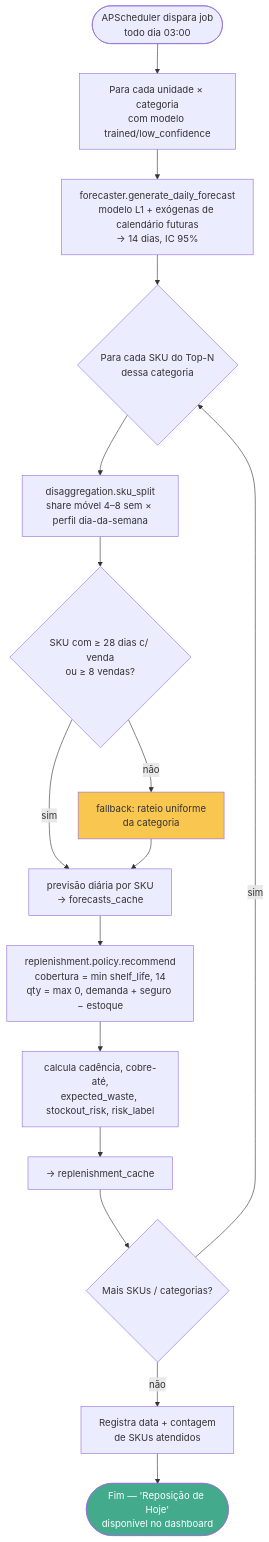
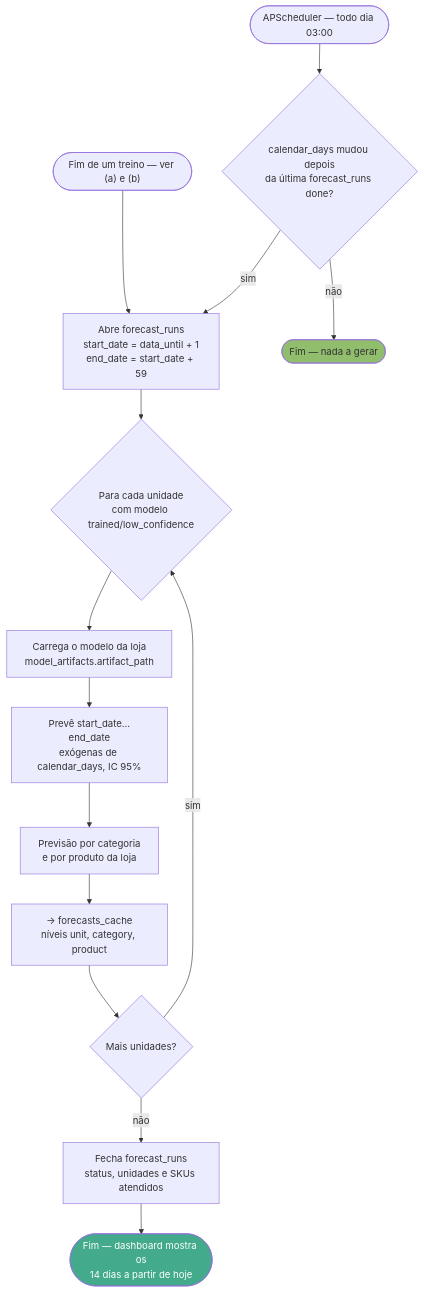
The third of 3 diagrams in docs/uml/activities.md (FelipeGA02/TCC---Inventory-Forecasting), drawn with Mermaid before and after one commit. The commit also changed other lines of this file and 12 other files, not shown here.

First line of the commit message:
feat: modelo de dados do backend e previsão gerada por treino

````diff
--- a/docs/uml/activities.md
+++ b/docs/uml/activities.md
@@ -99,21 +106,19 @@
 ```mermaid
 flowchart TD
-    A([APScheduler dispara job<br/>todo dia 03:00]) --> B[Para cada unidade × categoria<br/>com modelo trained/low_confidence]
-    B --> C[forecaster.generate_daily_forecast<br/>modelo L1 + exógenas de calendário futuras<br/>→ 14 dias, IC 95%]
-    C --> D{Para cada SKU do Top-N<br/>dessa categoria}
-    D --> E[disaggregation.sku_split<br/>share móvel 4–8 sem × perfil dia-da-semana]
-    E --> E1{SKU com ≥ 28 dias c/ venda<br/>ou ≥ 8 vendas?}
-    E1 -- não --> E2[fallback: rateio uniforme<br/>da categoria]
-    E1 -- sim --> F
-    E2 --> F[previsão diária por SKU<br/>→ forecasts_cache]
-    F --> G[replenishment.policy.recommend<br/>cobertura = min shelf_life, 14<br/>qty = max 0, demanda + seguro − estoque]
-    G --> H[calcula cadência, cobre-até,<br/>expected_waste, stockout_risk, risk_label]
-    H --> I[→ replenishment_cache]
-    I --> J{Mais SKUs / categorias?}
-    J -- sim --> D
-    J -- não --> K[Registra data + contagem<br/>de SKUs atendidos]
-    K --> L([Fim — 'Reposição de Hoje'<br/>disponível no dashboard])
+    A0(["Fim de um treino — ver (a) e (b)"]) --> B
+    A([APScheduler — todo dia 03:00]) --> A1{calendar_days mudou depois<br/>da última forecast_runs done?}
+    A1 -- não --> Z0([Fim — nada a gerar])
+    A1 -- sim --> B[Abre forecast_runs<br/>start_date = data_until + 1<br/>end_date = start_date + 59]
+    B --> C{Para cada unidade<br/>com modelo trained/low_confidence}
+    C --> D[Carrega o modelo da loja<br/>model_artifacts.artifact_path]
+    D --> E[Prevê start_date…end_date<br/>exógenas de calendar_days, IC 95%]
+    E --> F[Previsão por categoria<br/>e por produto da loja]
+    F --> G[→ forecasts_cache<br/>níveis unit, category, product]
+    G --> H{Mais unidades?}
+    H -- sim --> C
+    H -- não --> K[Fecha forecast_runs<br/>status, unidades e SKUs atendidos]
+    K --> L([Fim — dashboard mostra os<br/>14 dias a partir de hoje])
 
-    style E2 fill:#f9c74f
+    style Z0 fill:#90be6d
     style L fill:#43aa8b,color:#fff
 ```
````
